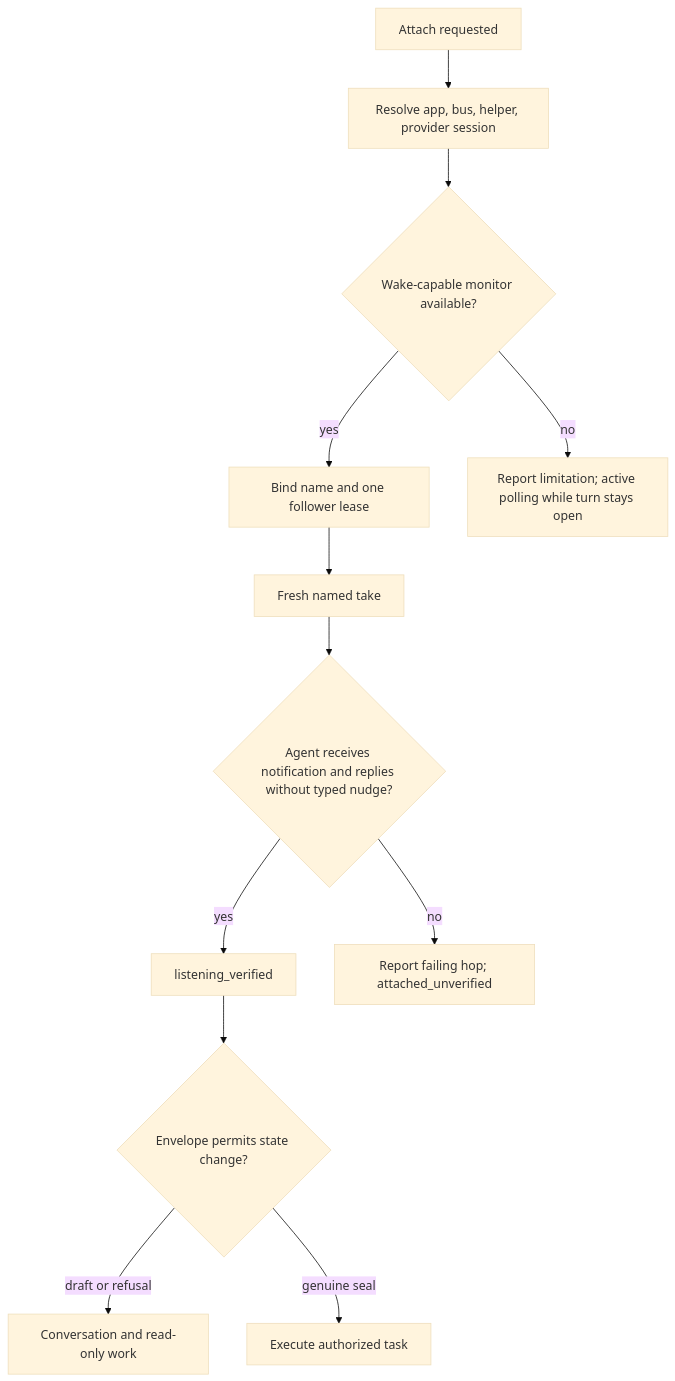
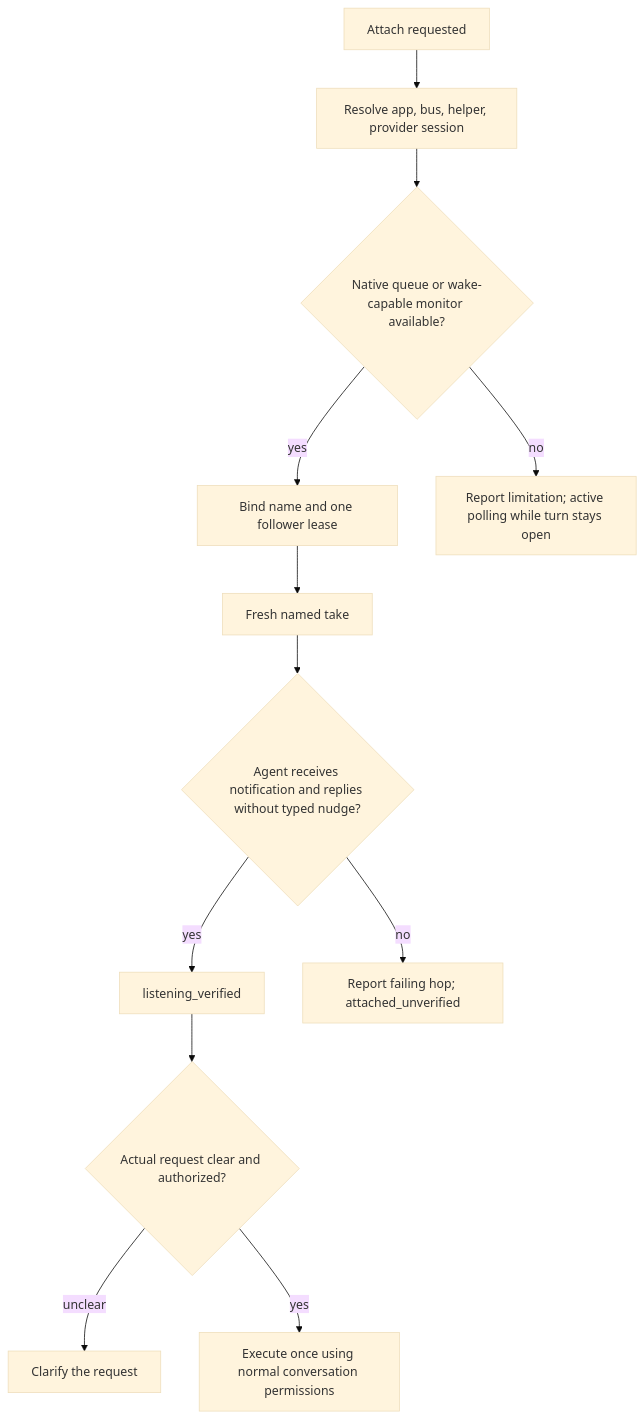
One commit to vetcoders/codescribe changed the diagram in skills/codescribe/FLOW.md. Above: the diagram before and after it, drawn with Mermaid (base theme). The commit also changed 18 other files, not shown here.

Commit message:
[codex/vc-manual] Install cs-bus and cs-say with native Codex queue delivery

````diff
--- a/skills/codescribe/FLOW.md
+++ b/skills/codescribe/FLOW.md
@@ -5,14 +5,14 @@
 ```mermaid
 flowchart TD
     A[Attach requested] --> B[Resolve app, bus, helper, provider session]
-    B --> C{Wake-capable monitor available?}
+    B --> C{Native queue or wake-capable monitor available?}
     C -->|yes| D[Bind name and one follower lease]
     C -->|no| E[Report limitation; active polling while turn stays open]
     D --> F[Fresh named take]
     F --> G{Agent receives notification and replies without typed nudge?}
     G -->|yes| H[listening_verified]
     G -->|no| I[Report failing hop; attached_unverified]
-    H --> J{Envelope permits state change?}
-    J -->|draft or refusal| K[Conversation and read-only work]
-    J -->|genuine seal| L[Execute authorized task]
+    H --> J{Actual request clear and authorized?}
+    J -->|unclear| K[Clarify the request]
+    J -->|yes| L[Execute once using normal conversation permissions]
 ```
````
